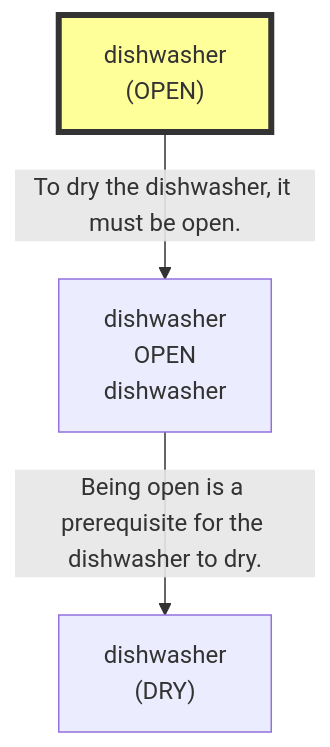
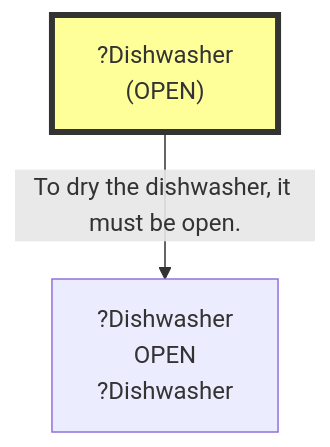
Before and after one commit to scuama/virtualhome: the fifth of 8 diagrams in evaluation/results/table2/robostate/scale/S3/E_MULTI_G02_S3/run_E_MULTI_G02_S3.md, drawn with Mermaid. The commit also changed other lines of this file and 108 other files, not shown here.

````diff
--- a/evaluation/results/table2/robostate/scale/S3/E_MULTI_G02_S3/run_E_MULTI_G02_S3.md
+++ b/evaluation/results/table2/robostate/scale/S3/E_MULTI_G02_S3/run_E_MULTI_G02_S3.md
@@ -442,9 +381,7 @@
 ```mermaid
 graph TD
-    N1["dishwasher<br>(OPEN)"]
+    N1["?Dishwasher<br>(OPEN)"]
     style N1 fill:#ff9,stroke:#333,stroke-width:4px
-    N2["dishwasher<br>OPEN<br>dishwasher"]
-    N3["dishwasher<br>(DRY)"]
+    N2["?Dishwasher<br>OPEN<br>?Dishwasher"]
     N1 -->|"To dry the dishwasher, it must be open."| N2
-    N2 -->|"Being open is a prerequisite for the dishwasher to dry."| N3
 ```
````
